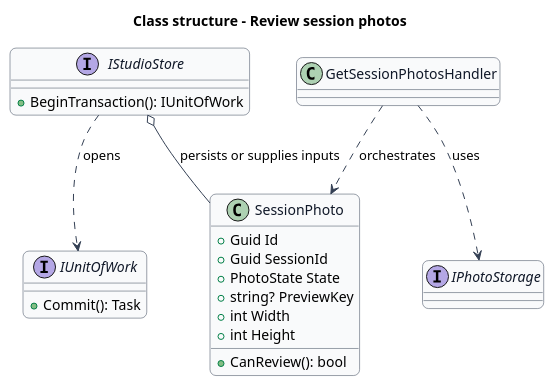
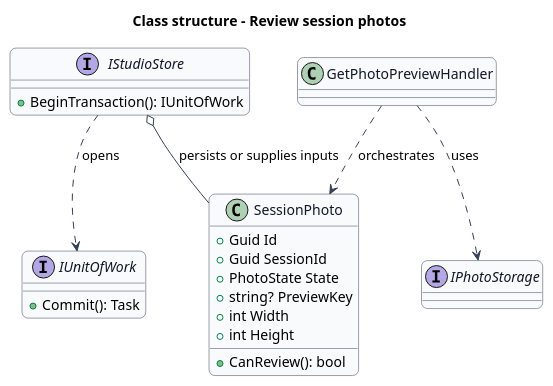
One commit to QuinntyneBrown/quinntyne-brown-studio changed the diagram in docs/detailed-designs/session-photos/review-session-photos/diagrams/class-structure.puml. Above: the diagram before and after it, drawn with PlantUML. The commit also changed 51 other files, not shown here.

```diff
--- a/docs/detailed-designs/session-photos/review-session-photos/diagrams/class-structure.puml
+++ b/docs/detailed-designs/session-photos/review-session-photos/diagrams/class-structure.puml
@@ -1,43 +1,43 @@
 @startuml
 skinparam backgroundColor #FFFFFF
 skinparam shadowing false
 skinparam roundcorner 12
 skinparam defaultFontName Arial
 skinparam ArrowColor #344054
 skinparam rectangle {
   BorderColor #344054
   FontColor #101828
 }
 skinparam package {
   BorderColor #667085
   FontColor #101828
   BackgroundColor #F9FAFB
 }
 title Class structure - Review session photos
 skinparam class {
  BorderColor #344054
  FontColor #101828
  BackgroundColor #F9FAFB
 }
 class SessionPhoto {
  +Guid Id
  +Guid SessionId
  +PhotoState State
  +string? PreviewKey
  +int Width
  +int Height
  +CanReview(): bool
 }
 interface IStudioStore {
  +BeginTransaction(): IUnitOfWork
 }
 interface IUnitOfWork {
  +Commit(): Task
 }
 IStudioStore ..> IUnitOfWork : opens
 IStudioStore o-- SessionPhoto : persists or supplies inputs
 interface IPhotoStorage
-class GetSessionPhotosHandler
-GetSessionPhotosHandler ..> IPhotoStorage : uses
-GetSessionPhotosHandler ..> SessionPhoto : orchestrates
+class GetPhotoPreviewHandler
+GetPhotoPreviewHandler ..> IPhotoStorage : uses
+GetPhotoPreviewHandler ..> SessionPhoto : orchestrates
 @enduml
```
